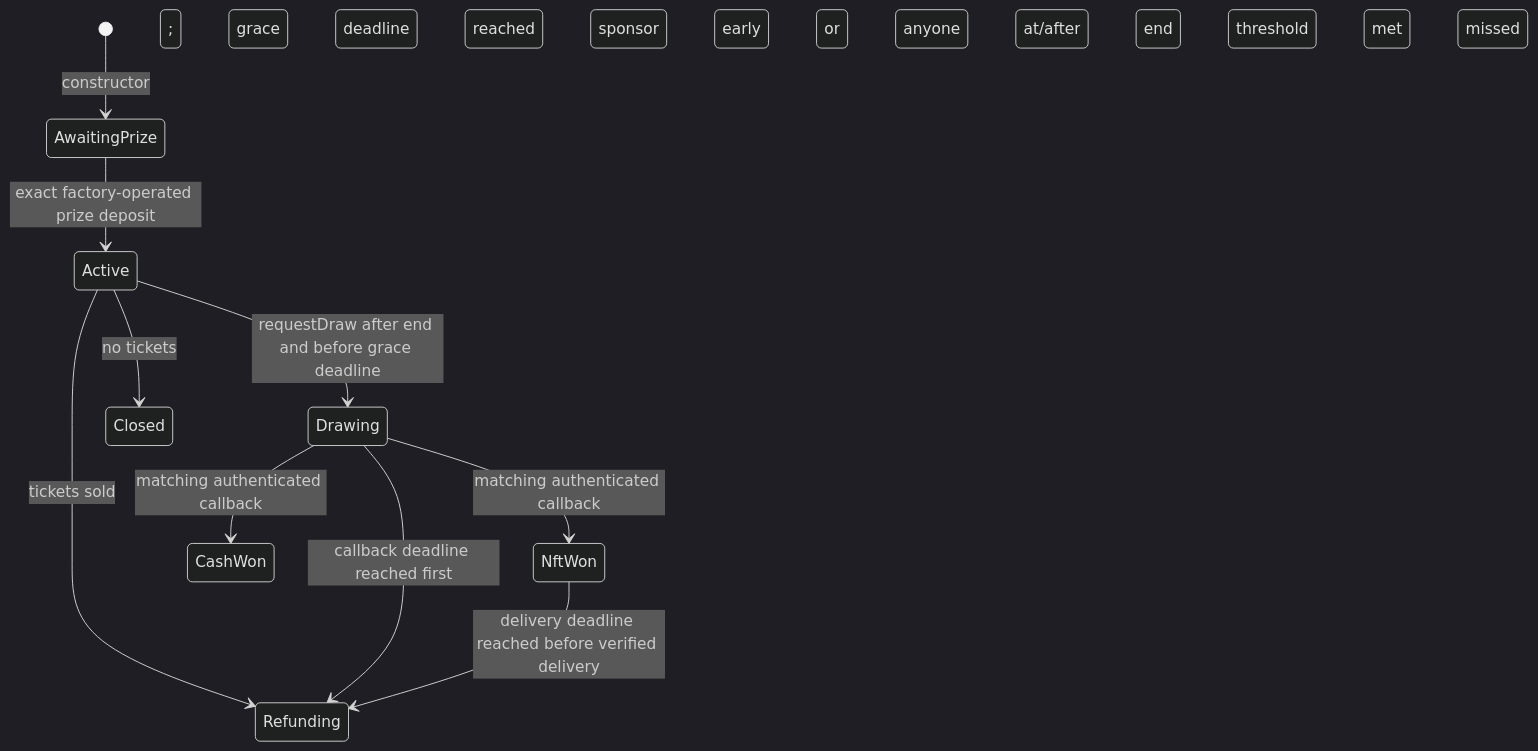
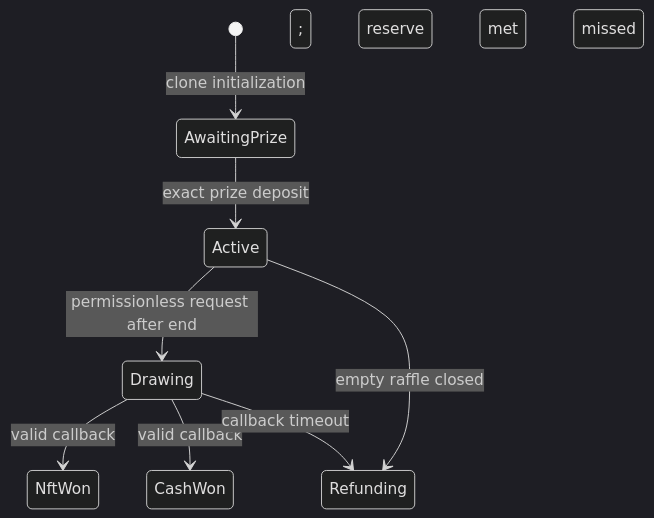
The diagram in packages/contracts/audit/CURRENT-SPECIFICATION.md (Heesho/raffle-fun), drawn with Mermaid (dark theme) before and after one commit. The commit also changed other lines of this file and 153 other files, not shown here.

````diff
--- a/packages/contracts/audit/CURRENT-SPECIFICATION.md
+++ b/packages/contracts/audit/CURRENT-SPECIFICATION.md
@@ -39,12 +43,10 @@
 ```mermaid
 stateDiagram-v2
-  [*] --> AwaitingPrize: constructor
-  AwaitingPrize --> Active: exact factory-operated prize deposit
-  Active --> Drawing: requestDraw after end and before grace deadline
-  Active --> Refunding: tickets sold; grace deadline reached
-  Active --> Closed: no tickets; sponsor early or anyone at/after end
-  Drawing --> NftWon: matching authenticated callback; threshold met
-  Drawing --> CashWon: matching authenticated callback; threshold missed
-  Drawing --> Refunding: callback deadline reached first
-  NftWon --> Refunding: delivery deadline reached before verified delivery
+  [*] --> AwaitingPrize: clone initialization
+  AwaitingPrize --> Active: exact prize deposit
+  Active --> Drawing: permissionless request after end
+  Active --> Refunding: empty raffle closed
+  Drawing --> NftWon: valid callback; reserve met
+  Drawing --> CashWon: valid callback; reserve missed
+  Drawing --> Refunding: callback timeout
 ```
````
